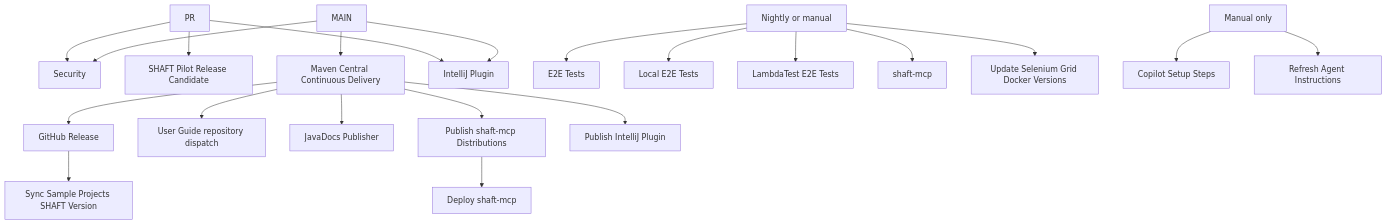
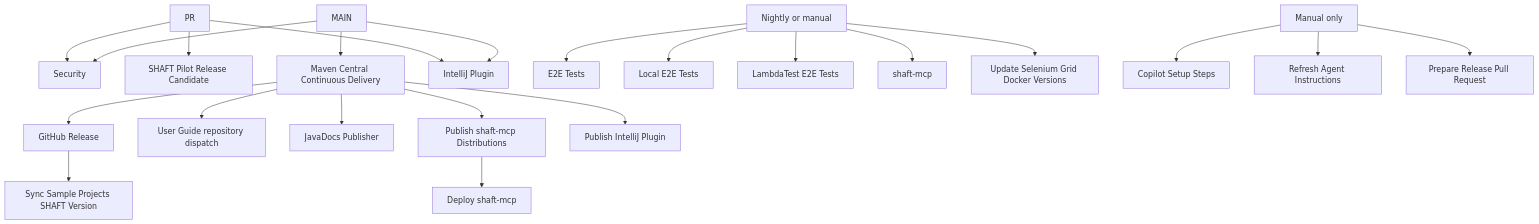
The diagram in .github/workflows/README.md (ShaftHQ/SHAFT_ENGINE), drawn with Mermaid before and after one commit. The commit also changed other lines of this file and 3 other files, not shown here.

````diff
--- a/.github/workflows/README.md
+++ b/.github/workflows/README.md
@@ -8,27 +8,28 @@
 ```mermaid
 flowchart TD
   PR --> SEC["Security"]
   PR --> PILOT["SHAFT Pilot Release Candidate"]
 
   MAIN --> SEC
   MAIN --> CD["Maven Central Continuous Delivery"]
   PR --> IDEA["IntelliJ Plugin"]
   MAIN --> IDEA
 
   CD --> REL["GitHub Release"]
   CD --> DOCS["User Guide repository dispatch"]
   CD --> JAVADOCS["JavaDocs Publisher"]
   CD --> MCP_PUBLISH["Publish shaft-mcp Distributions"]
   CD --> IDEA_PUBLISH["Publish IntelliJ Plugin"]
   MCP_PUBLISH --> MCP_DEPLOY["Deploy shaft-mcp"]
   REL --> SAMPLES["Sync Sample Projects SHAFT Version"]
 
   NIGHTLY["Nightly or manual"] --> E2E["E2E Tests"]
   NIGHTLY --> LOCAL_E2E["Local E2E Tests"]
   NIGHTLY --> LT["LambdaTest E2E Tests"]
   NIGHTLY --> MCP_TEST["shaft-mcp"]
   NIGHTLY --> GRID["Update Selenium Grid Docker Versions"]
 
   MANUAL["Manual only"] --> COPILOT["Copilot Setup Steps"]
   MANUAL --> AGENTS["Refresh Agent Instructions"]
+  MANUAL --> RELEASE_PR["Prepare Release Pull Request"]
 ```
````
